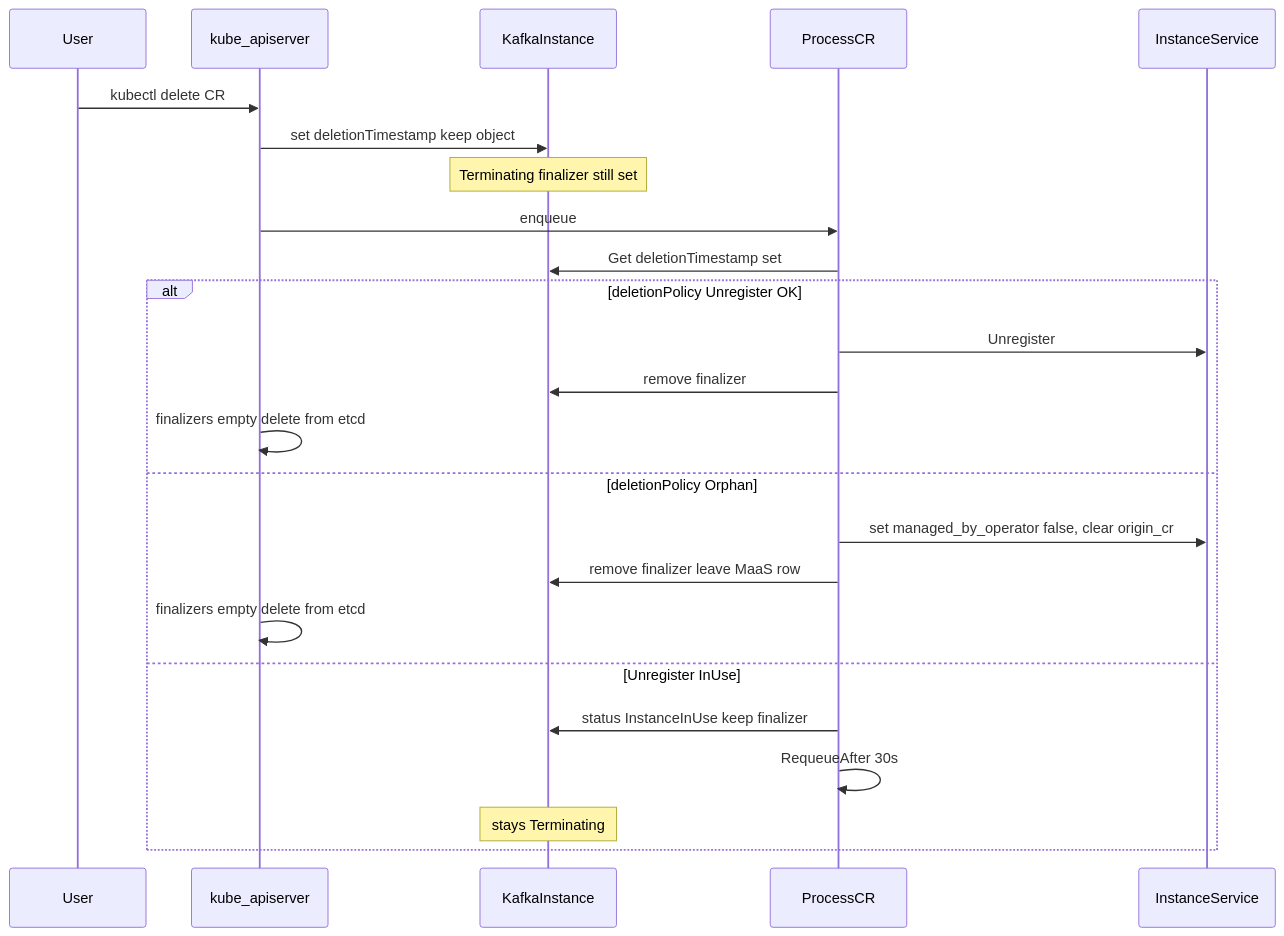
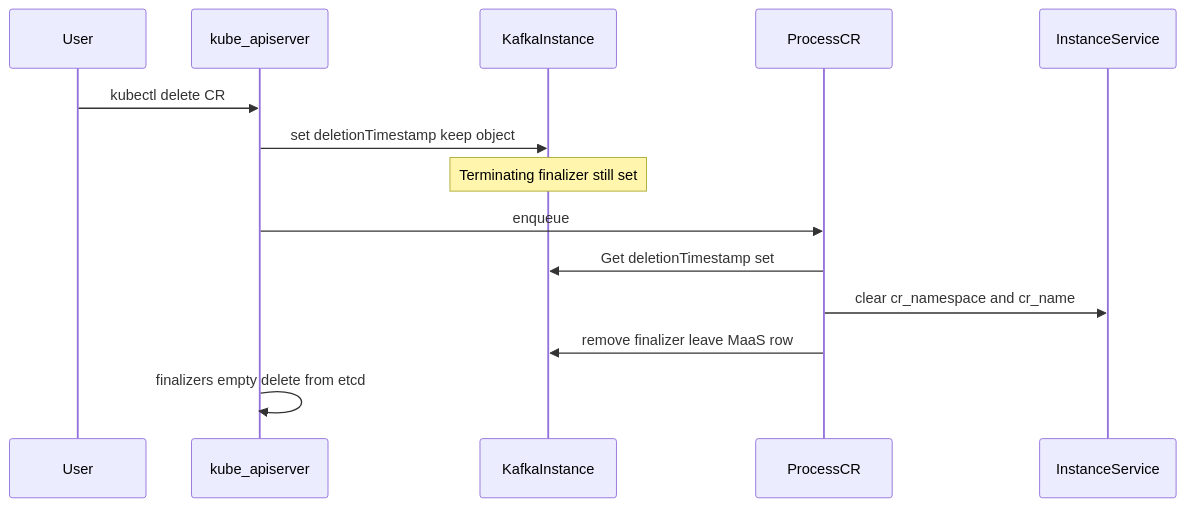
Diagram 12 of 13 in docs/operator_design.md (Netcracker/qubership-maas), drawn with Mermaid before and after one commit. The commit also changed other lines of this file and 9 other files, not shown here.

````diff
--- a/docs/operator_design.md
+++ b/docs/operator_design.md
@@ -1355,26 +1379,16 @@
 ```mermaid
 sequenceDiagram
   participant User
   participant API as kube_apiserver
   participant CR as KafkaInstance
   participant Pod as ProcessCR
   participant Svc as InstanceService
   User->>API: kubectl delete CR
   API->>CR: set deletionTimestamp keep object
   Note over CR: Terminating finalizer still set
   API->>Pod: enqueue
   Pod->>CR: Get deletionTimestamp set
-  alt deletionPolicy Unregister OK
-    Pod->>Svc: Unregister
-    Pod->>CR: remove finalizer
-    API->>API: finalizers empty delete from etcd
-  else deletionPolicy Orphan
-    Pod->>Svc: set managed_by_operator false, clear origin_cr
-    Pod->>CR: remove finalizer leave MaaS row
-    API->>API: finalizers empty delete from etcd
-  else Unregister InUse
-    Pod->>CR: status InstanceInUse keep finalizer
-    Pod->>Pod: RequeueAfter 30s
-    Note over CR: stays Terminating
-  end
+  Pod->>Svc: clear cr_namespace and cr_name
+  Pod->>CR: remove finalizer leave MaaS row
+  API->>API: finalizers empty delete from etcd
 ```
````
